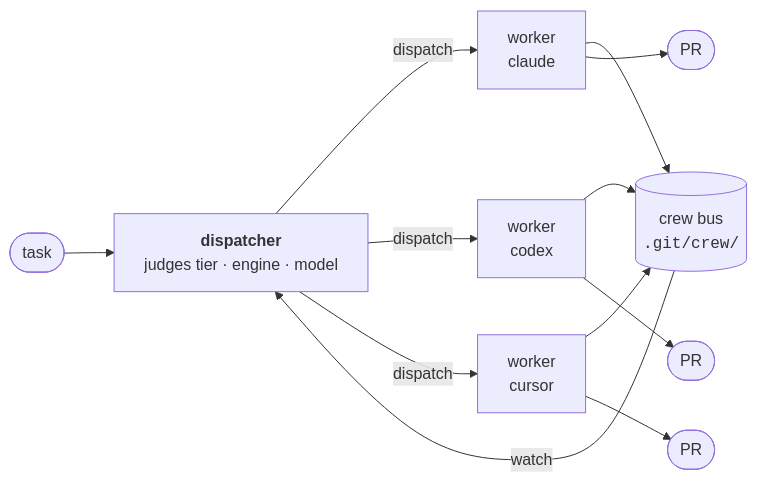
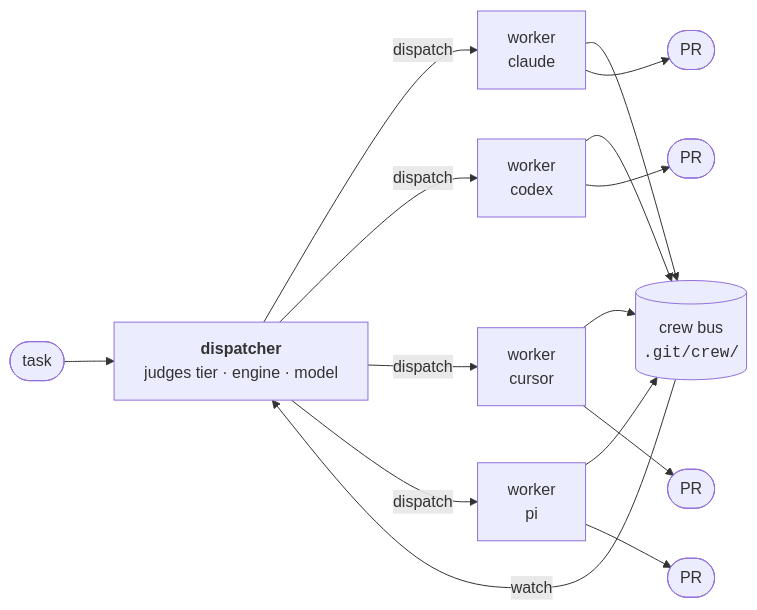
One commit to noamsto/dispatcher changed the diagram in README.md. Above: the diagram before and after it, drawn with Mermaid. The commit also changed other lines of this file and 172 other files, not shown here.

````diff
--- a/README.md
+++ b/README.md
@@ -34,14 +33,17 @@
 ```mermaid
 flowchart LR
     U([task]) --> D["<b>dispatcher</b><br/>judges tier · engine · model"]
     D -->|dispatch| W1["worker<br/>claude"]
     D -->|dispatch| W2["worker<br/>codex"]
     D -->|dispatch| W3["worker<br/>cursor"]
+    D -->|dispatch| W4["worker<br/>pi"]
     W1 --> B[("crew bus<br/><code>.git/crew/</code>")]
     W2 --> B
     W3 --> B
+    W4 --> B
     B -->|watch| D
     W1 --> PR1([PR])
     W2 --> PR2([PR])
     W3 --> PR3([PR])
+    W4 --> PR4([PR])
 ```
````
